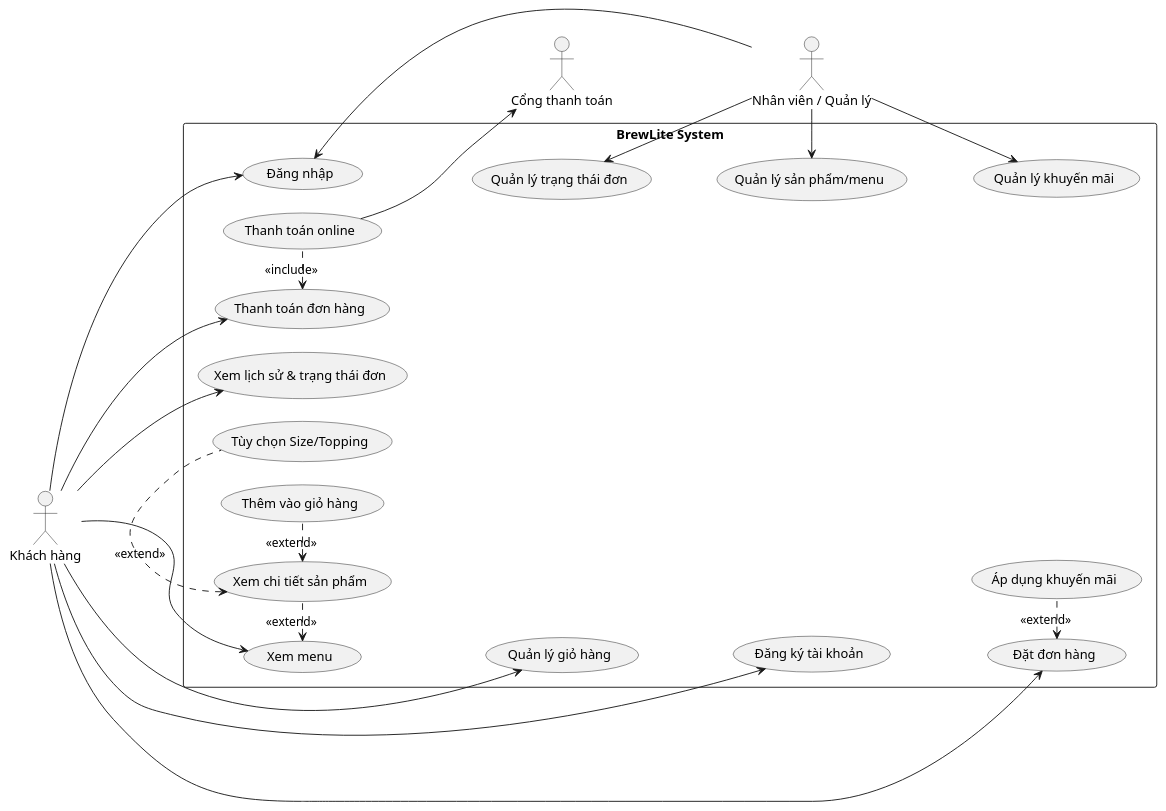
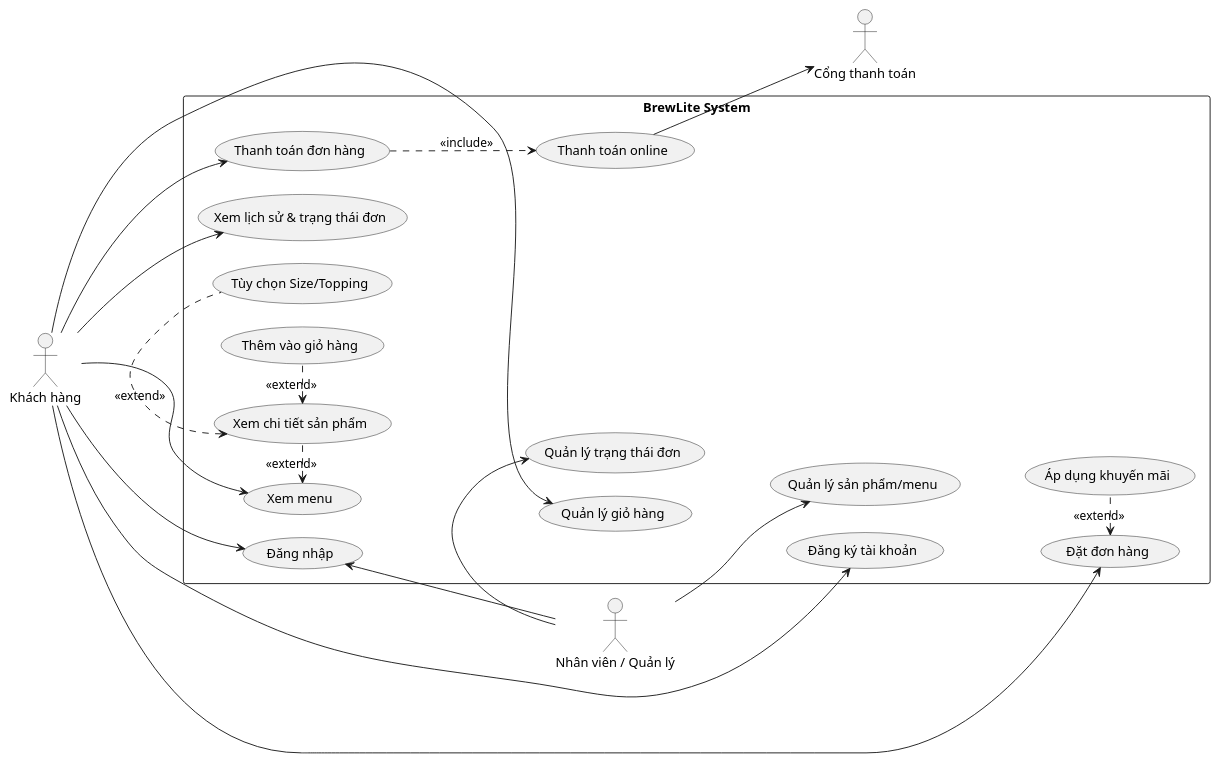
One commit to minhhhao12/brewlite changed the diagram in docs/requirements/use-case-overview.puml. Above: the diagram before and after it, drawn with PlantUML. The commit also changed 12 other files, not shown here.

Commit message:
docs(task2): Hoàn thiện Sequence, Class, Activity Diagram cho Task 2 - Làm rõ thêm luồng thanh toán chặt chẽ logic hơn ở srs.md - Đồng bộ với ma trận truy vết (traceability-matrix.md)

```diff
--- a/docs/requirements/use-case-overview.puml
+++ b/docs/requirements/use-case-overview.puml
@@ -1,63 +1,60 @@
 @startuml
 ' Canonical IDs khớp srs.md: UC-01..UC-12
-' Các node phụ hậu tố "a" (UC-04a, UC-08a, UC-12a) là sub-step, không tách khỏi FR gốc.
+' Các node phụ hậu tố "a" (UC-04a, UC-08a) là sub-step, không tách khỏi FR gốc.
 left to right direction
 skinparam packageStyle rectangle
 skinparam ranksep 70
 skinparam nodesep 25
 
 actor "Khách hàng" as Customer
 actor "Nhân viên / Quản lý" as Staff
 actor "Cổng thanh toán" as PaymentGateway
 
 rectangle "BrewLite System" {
 ' --- Menu ---
 usecase "Xem menu" as UC_01
 usecase "Xem chi tiết sản phẩm" as UC_02
 usecase "Tùy chọn Size/Topping" as UC_03
 usecase "Thêm vào giỏ hàng" as UC_04a
 
 ' --- Giỏ hàng & Tài khoản ---
 usecase "Quản lý giỏ hàng" as UC_04
 usecase "Đăng ký tài khoản" as UC_05
 usecase "Đăng nhập" as UC_06
 
 ' --- Đặt hàng & Thanh toán ---
 usecase "Đặt đơn hàng" as UC_07
 usecase "Thanh toán đơn hàng" as UC_08
 usecase "Áp dụng khuyến mãi" as UC_09
 usecase "Thanh toán online" as UC_08a
 
 ' --- Lịch sử & Quản lý ---
 usecase "Xem lịch sử & trạng thái đơn" as UC_10
 usecase "Quản lý trạng thái đơn" as UC_11
 usecase "Quản lý sản phẩm/menu" as UC_12
-usecase "Quản lý khuyến mãi" as UC_12a
 }
 
 UC_01 -[hidden]down- UC_04
 UC_04 -[hidden]down- UC_05
 UC_05 -[hidden]down- UC_07
 UC_10 -[hidden]down- UC_11
 UC_11 -[hidden]down- UC_12
-UC_12 -[hidden]down- UC_12a
 
 Customer --> UC_01
 Customer --> UC_04
 Customer --> UC_05
 Customer --> UC_06
 Customer --> UC_07
 Customer --> UC_10
 Customer --> UC_08
 UC_02 .left.> UC_01 : <<extend>>
 UC_03 .left.> UC_02 : <<extend>>
 UC_04a .left.> UC_02 : <<extend>>
 UC_09 .left.> UC_07 : <<extend>>
-UC_08a .left.> UC_08 : <<include>>
+UC_08 ..> UC_08a : <<include>>
 UC_08a --> PaymentGateway
 
 Staff --> UC_06
 Staff -left-> UC_11
 Staff -left-> UC_12
-Staff -left-> UC_12a
 @enduml
```
